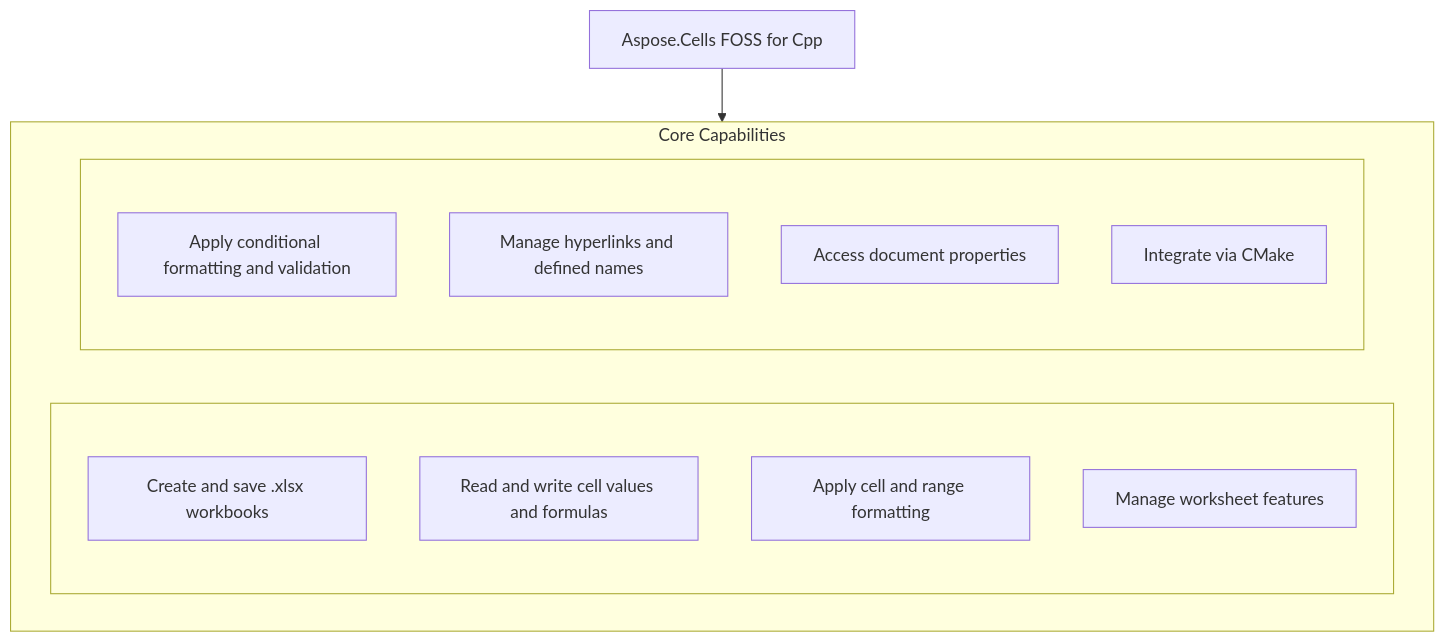
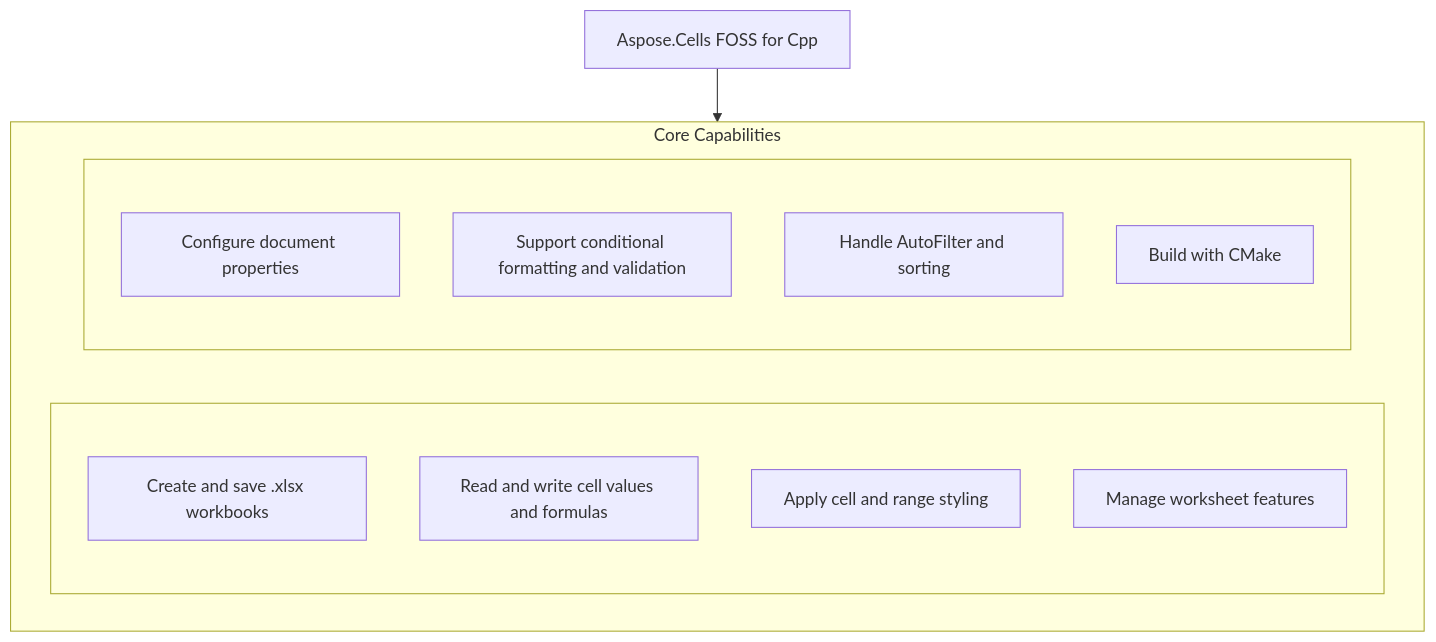
Before and after one commit to babar-raza/repository-presenter: the diagram in candidates/aspose-cells-foss__Aspose.Cells-FOSS-for-Cpp/9f852d0ff1cfdad2d661556d6b87a8eff8c063a2/README.md, drawn with Mermaid. The commit also changed other lines of this file and 11 other files, not shown here.

````diff
--- a/candidates/aspose-cells-foss__Aspose.Cells-FOSS-for-Cpp/9f852d0ff1cfdad2d661556d6b87a8eff8c063a2/README.md
+++ b/candidates/aspose-cells-foss__Aspose.Cells-FOSS-for-Cpp/9f852d0ff1cfdad2d661556d6b87a8eff8c063a2/README.md
@@ -23,22 +23,22 @@
 ```mermaid
 flowchart TD
   PRODUCT["Aspose.Cells FOSS for Cpp"]
   subgraph Capabilities["Core Capabilities"]
     direction LR
     subgraph capl[" "]
       direction TB
       c1["Create and save .xlsx workbooks"]
       c2["Read and write cell values and formulas"]
-      c3["Apply cell and range formatting"]
+      c3["Apply cell and range styling"]
       c4["Manage worksheet features"]
     end
     subgraph capr[" "]
       direction TB
-      c5["Apply conditional formatting and validation"]
-      c6["Manage hyperlinks and defined names"]
-      c7["Access document properties"]
-      c8["Integrate via CMake"]
+      c5["Configure document properties"]
+      c6["Support conditional formatting and validation"]
+      c7["Handle AutoFilter and sorting"]
+      c8["Build with CMake"]
     end
   end
   PRODUCT --> Capabilities
 ```
````
